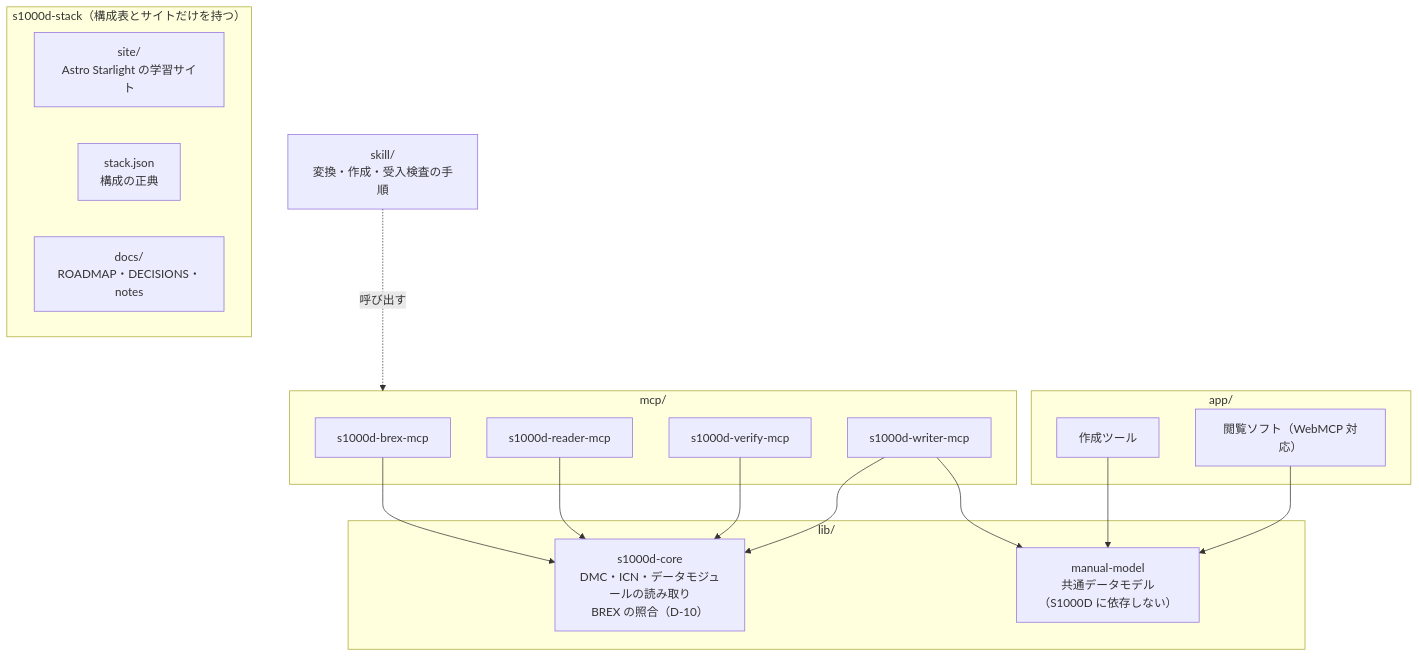
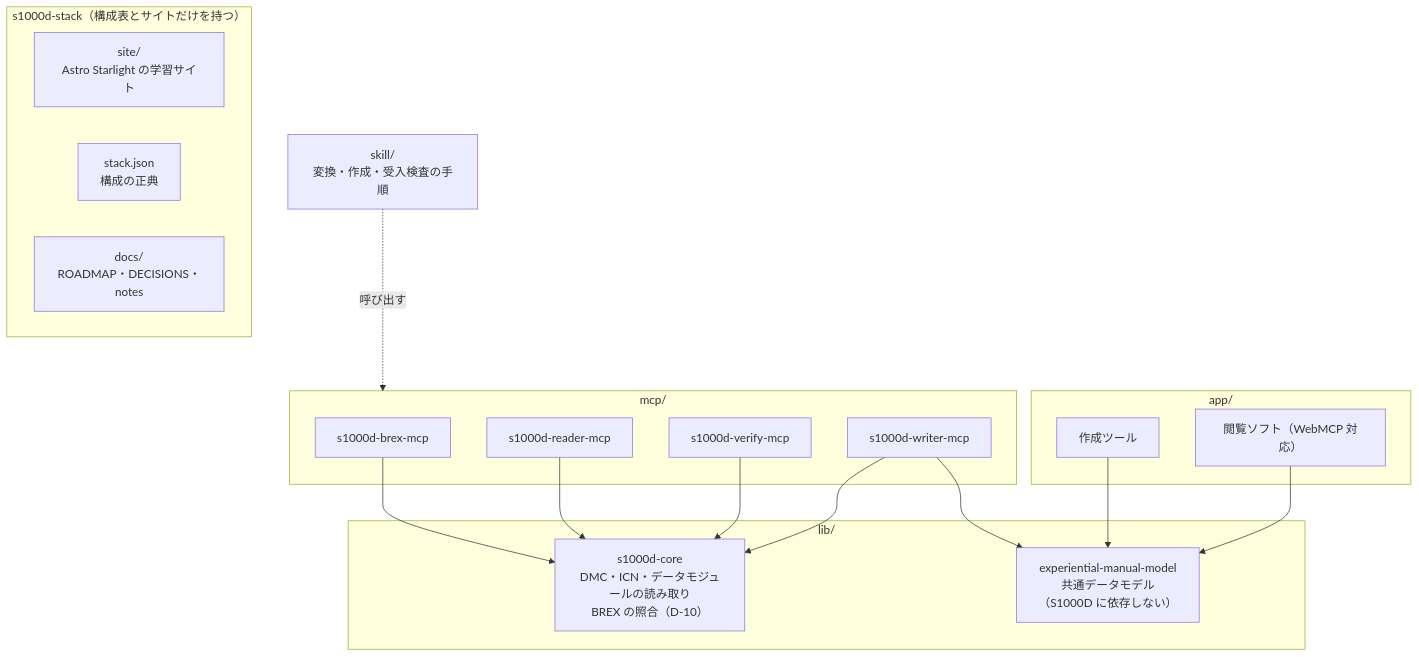
One commit to shuji-bonji/s1000d-stack changed the first of 4 diagrams in docs/ROADMAP.md. Above: the diagram before and after it, drawn with Mermaid. The commit also changed other lines of this file and 5 other files, not shown here.

First line of the commit message:
docs: 段階 2 の設計（verify-mcp・reader-mcp・experiential-manual-model）と D-17・D-18・U-04 の確定

````diff
--- a/docs/ROADMAP.md
+++ b/docs/ROADMAP.md
@@ -19,31 +20,31 @@
 ```mermaid
 flowchart TB
   subgraph Hub["s1000d-stack（構成表とサイトだけを持つ）"]
     SITE["site/<br/>Astro Starlight の学習サイト"]
     STACK["stack.json<br/>構成の正典"]
     DOCS["docs/<br/>ROADMAP・DECISIONS・notes"]
   end
   subgraph Lib["lib/"]
     CORE["s1000d-core<br/>DMC・ICN・データモジュールの読み取り<br/>BREX の照合（D-10）"]
-    MODEL["manual-model<br/>共通データモデル<br/>（S1000D に依存しない）"]
+    MODEL["experiential-manual-model<br/>共通データモデル<br/>（S1000D に依存しない）"]
   end
   subgraph Mcp["mcp/"]
     BREX["s1000d-brex-mcp"]
     R["s1000d-reader-mcp"]
     V["s1000d-verify-mcp"]
     W["s1000d-writer-mcp"]
   end
   subgraph App["app/"]
     ED["作成ツール"]
     VW["閲覧ソフト（WebMCP 対応）"]
   end
   SK["skill/<br/>変換・作成・受入検査の手順"]
   BREX --> CORE
   R --> CORE
   V --> CORE
   W --> CORE
   W --> MODEL
   ED --> MODEL
   VW --> MODEL
   SK -.呼び出す.-> Mcp
 ```
````
